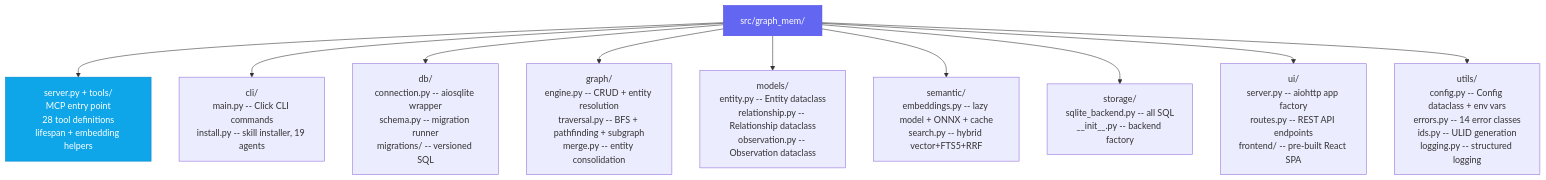
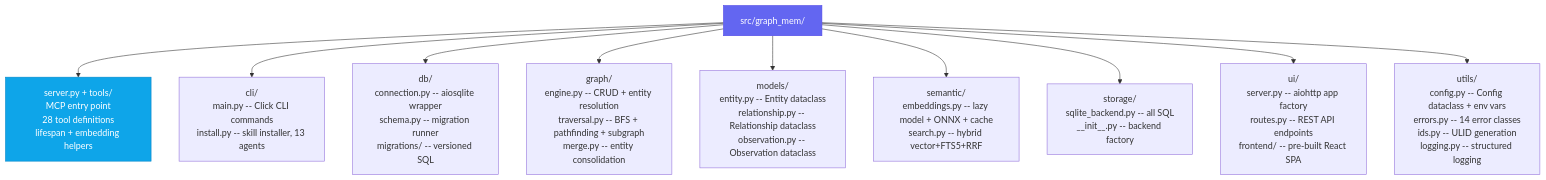
Before and after one commit to Sathvik-1007/GraphMem-MCP: the eighth of 10 diagrams in how-it-works.md, drawn with Mermaid. The commit also changed other lines of this file and 5 other files, not shown here.

````diff
--- a/how-it-works.md
+++ b/how-it-works.md
@@ -327,27 +327,27 @@
 ```mermaid
 graph TD
     Root["src/graph_mem/"]
 
     Entry["server.py + tools/<br/>MCP entry point<br/>28 tool definitions<br/>lifespan + embedding helpers"]
-    CLI["cli/<br/>main.py -- Click CLI commands<br/>install.py -- skill installer, 19 agents"]
+    CLI["cli/<br/>main.py -- Click CLI commands<br/>install.py -- skill installer, 13 agents"]
     DB["db/<br/>connection.py -- aiosqlite wrapper<br/>schema.py -- migration runner<br/>migrations/ -- versioned SQL"]
     GraphMod["graph/<br/>engine.py -- CRUD + entity resolution<br/>traversal.py -- BFS + pathfinding + subgraph<br/>merge.py -- entity consolidation"]
     Models["models/<br/>entity.py -- Entity dataclass<br/>relationship.py -- Relationship dataclass<br/>observation.py -- Observation dataclass"]
     SemanticMod["semantic/<br/>embeddings.py -- lazy model + ONNX + cache<br/>search.py -- hybrid vector+FTS5+RRF"]
     StorageMod["storage/<br/>sqlite_backend.py -- all SQL<br/>__init__.py -- backend factory"]
     UIMod["ui/<br/>server.py -- aiohttp app factory<br/>routes.py -- REST API endpoints<br/>frontend/ -- pre-built React SPA"]
     Utils["utils/<br/>config.py -- Config dataclass + env vars<br/>errors.py -- 14 error classes<br/>ids.py -- ULID generation<br/>logging.py -- structured logging"]
 
     Root --> Entry
     Root --> CLI
     Root --> DB
     Root --> GraphMod
     Root --> Models
     Root --> SemanticMod
     Root --> StorageMod
     Root --> UIMod
     Root --> Utils
 
     style Root fill:#6366f1,stroke:#4f46e5,color:#fff
     style Entry fill:#0ea5e9,stroke:#0284c7,color:#fff
 ```
````
